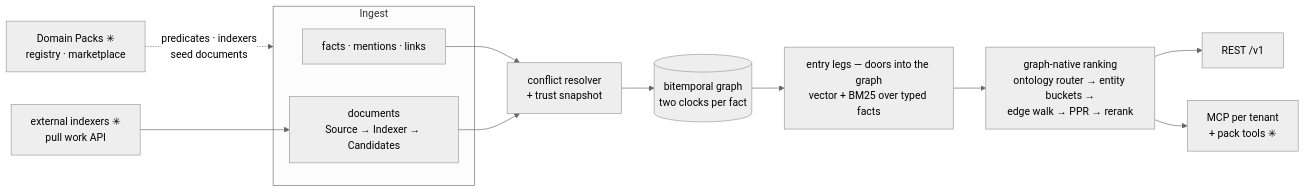
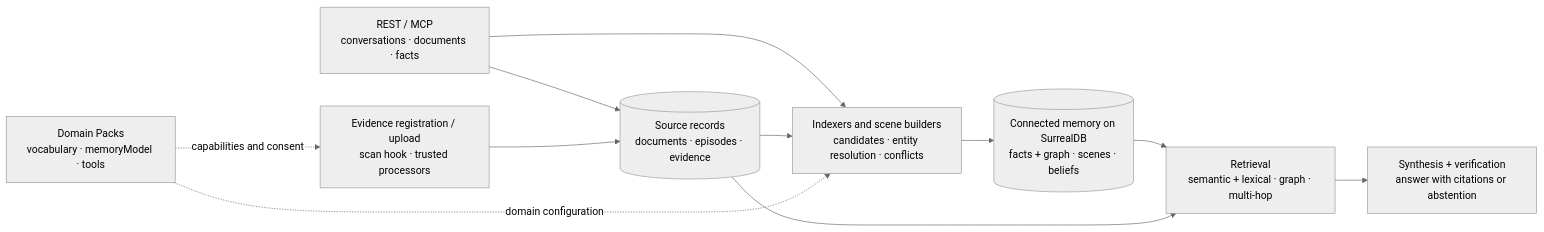
Before and after one commit to inite-ai/inite-brain-service: the diagram in README.md, drawn with Mermaid (neutral theme). The commit also changed other lines of this file, not shown here.

Commit message:
docs(readme): refresh architecture, domain packs and quick start

````diff
--- a/README.md
+++ b/README.md
@@ -40,16 +68,21 @@
 ```mermaid
 flowchart LR
-  subgraph ingest ["Ingest"]
-    facts["facts · mentions · links"]
-    docs["documents<br/>Source → Indexer → Candidates"]
-  end
-  ext["external indexers ✳<br/>pull work API"] --> docs
-  packs["Domain Packs ✳<br/>registry · marketplace"] -. "predicates · indexers<br/>seed documents" .-> ingest
-  facts --> resolver["conflict resolver<br/>+ trust snapshot"]
-  docs --> resolver
-  resolver --> kg[("bitemporal graph<br/>two clocks per fact")]
-  kg --> entry["entry legs — doors into the graph<br/>vector + BM25 over typed facts"]
-  entry --> rank["graph-native ranking<br/>ontology router → entity buckets →<br/>edge walk → PPR → rerank"]
-  rank --> rest["REST /v1"]
-  rank --> mcp["MCP per tenant<br/>+ pack tools ✳"]
+  input["REST / MCP<br/>conversations · documents · facts"]
+  raw[("Source records<br/>documents · episodes · evidence")]
+  derive["Indexers and scene builders<br/>candidates · entity resolution · conflicts"]
+  memory[("Connected memory on SurrealDB<br/>facts + graph · scenes · beliefs")]
+  retrieve["Retrieval<br/>semantic + lexical · graph · multi-hop"]
+  answer["Synthesis + verification<br/>answer with citations or abstention"]
+  packs["Domain Packs<br/>vocabulary · memoryModel · tools"]
+  media["Evidence registration / upload<br/>scan hook · trusted processors"]
+  input --> raw
+  input --> derive
+  media --> raw
+  raw --> derive
+  derive --> memory
+  memory --> retrieve
+  raw --> retrieve
+  retrieve --> answer
+  packs -. "domain configuration" .-> derive
+  packs -. "capabilities and consent" .-> media
 ```
````
